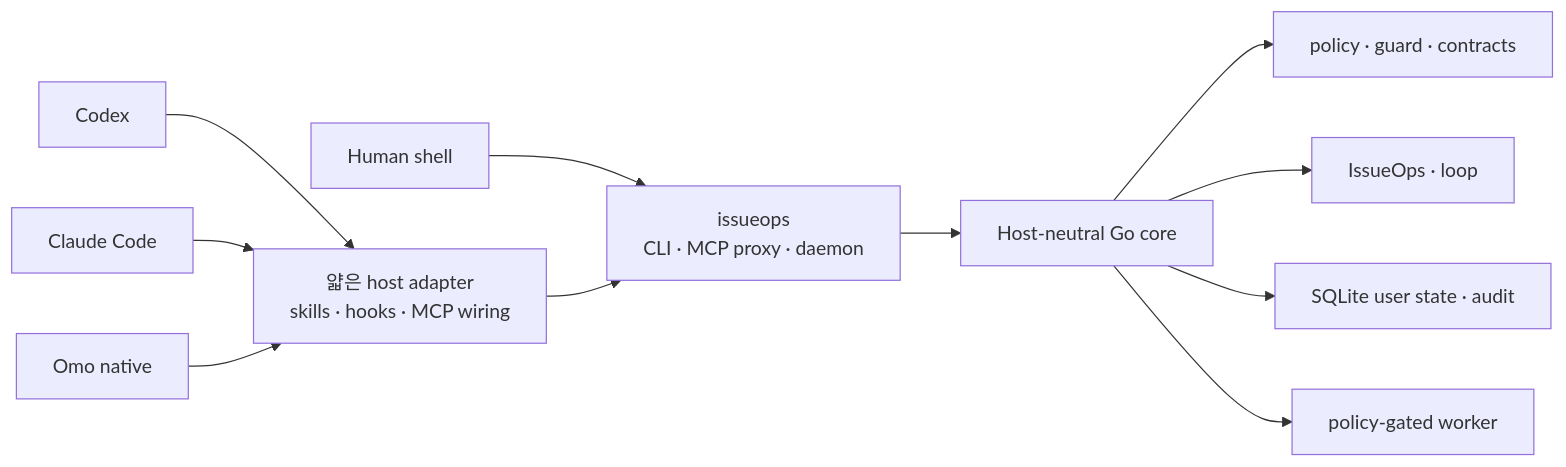
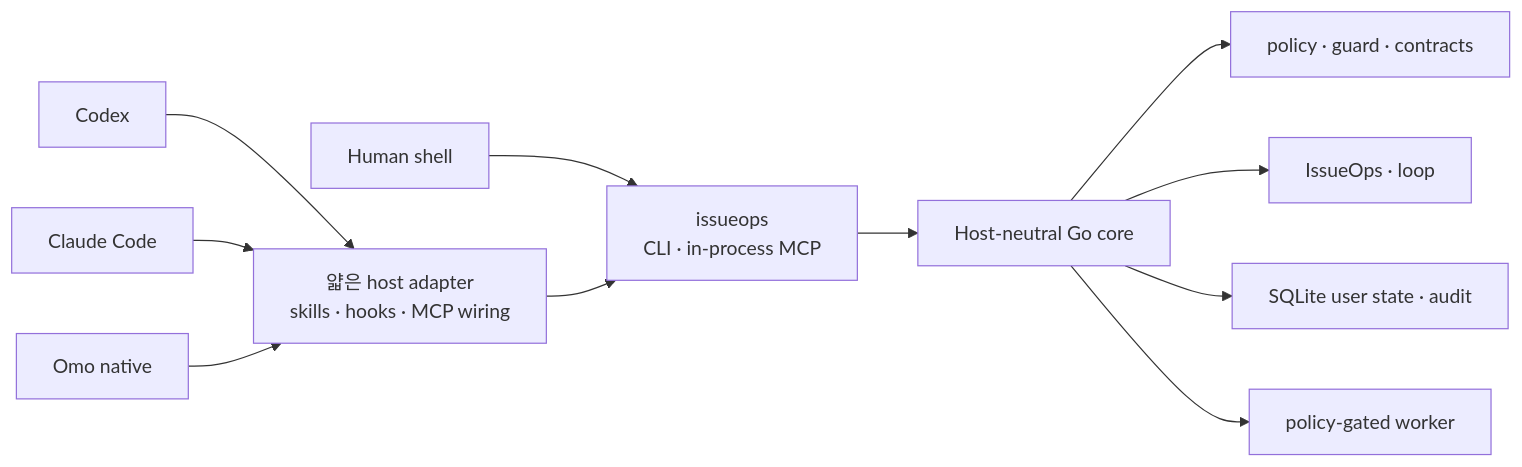
The diagram in README.md (m16khb-org/issueops), drawn with Mermaid before and after one commit. The commit also changed other lines of this file and 23 other files, not shown here.

````diff
--- a/README.md
+++ b/README.md
@@ -213,13 +212,13 @@
 ```mermaid
 flowchart LR
     Codex["Codex"] --> Host["얇은 host adapter<br/>skills · hooks · MCP wiring"]
     Claude["Claude Code"] --> Host
     Omo["Omo native"] --> Host
-    Shell["Human shell"] --> Surface["issueops<br/>CLI · MCP proxy · daemon"]
+    Shell["Human shell"] --> Surface["issueops<br/>CLI · in-process MCP"]
     Host --> Surface
     Surface --> Core["Host-neutral Go core"]
     Core --> Policy["policy · guard · contracts"]
     Core --> Flow["IssueOps · loop"]
     Core --> State["SQLite user state · audit"]
     Core --> Worker["policy-gated worker"]
 ```
````
